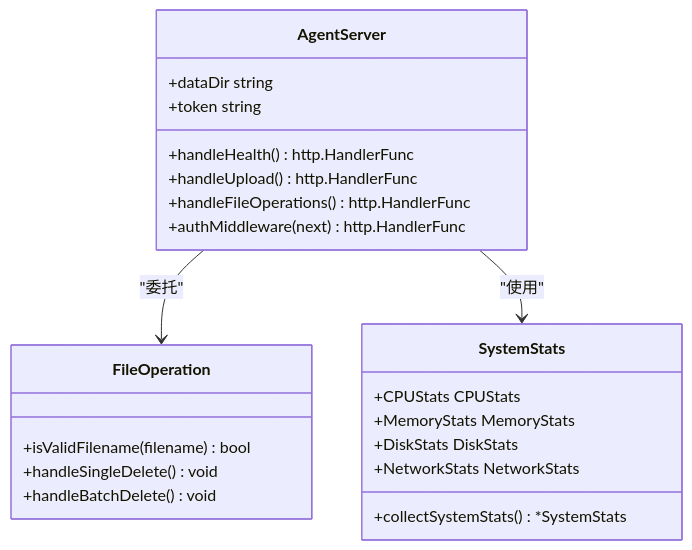
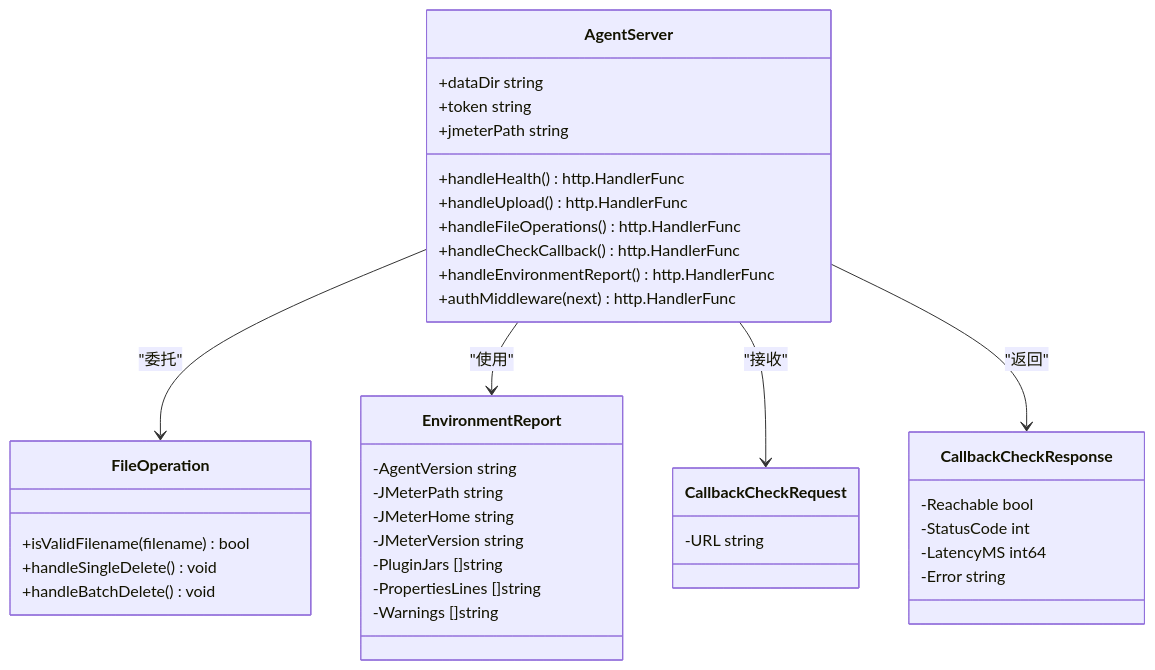
The tenth of 13 diagrams in .qoder/repowiki/zh/content/核心业务模块/JMeter Agent系统.md (Liyuhao02/Jmeter-Admin), drawn with Mermaid before and after one commit. The commit also changed other lines of this file and 7 other files, not shown here.

First line of the commit message:
docs(agent): 添加 Agent Server 组件文档与架构详解

````diff
--- a/.qoder/repowiki/zh/content/核心业务模块/JMeter Agent系统.md
+++ b/.qoder/repowiki/zh/content/核心业务模块/JMeter Agent系统.md
@@ -465,25 +502,41 @@
 ```mermaid
 classDiagram
 class AgentServer {
 +dataDir string
 +token string
++jmeterPath string
 +handleHealth() http.HandlerFunc
 +handleUpload() http.HandlerFunc
 +handleFileOperations() http.HandlerFunc
++handleCheckCallback() http.HandlerFunc
++handleEnvironmentReport() http.HandlerFunc
 +authMiddleware(next) http.HandlerFunc
 }
 class FileOperation {
 +isValidFilename(filename) bool
 +handleSingleDelete() void
 +handleBatchDelete() void
 }
-class SystemStats {
-+collectSystemStats() *SystemStats
-+CPUStats CPUStats
-+MemoryStats MemoryStats
-+DiskStats DiskStats
-+NetworkStats NetworkStats
+class EnvironmentReport {
+-AgentVersion string
+-JMeterPath string
+-JMeterHome string
+-JMeterVersion string
+-PluginJars []string
+-PropertiesLines []string
+-Warnings []string
+}
+class CallbackCheckRequest {
+-URL string
+}
+class CallbackCheckResponse {
+-Reachable bool
+-StatusCode int
+-LatencyMS int64
+-Error string
 }
 AgentServer --> FileOperation : "委托"
-AgentServer --> SystemStats : "使用"
+AgentServer --> EnvironmentReport : "使用"
+AgentServer --> CallbackCheckRequest : "接收"
+AgentServer --> CallbackCheckResponse : "返回"
 ```
````
